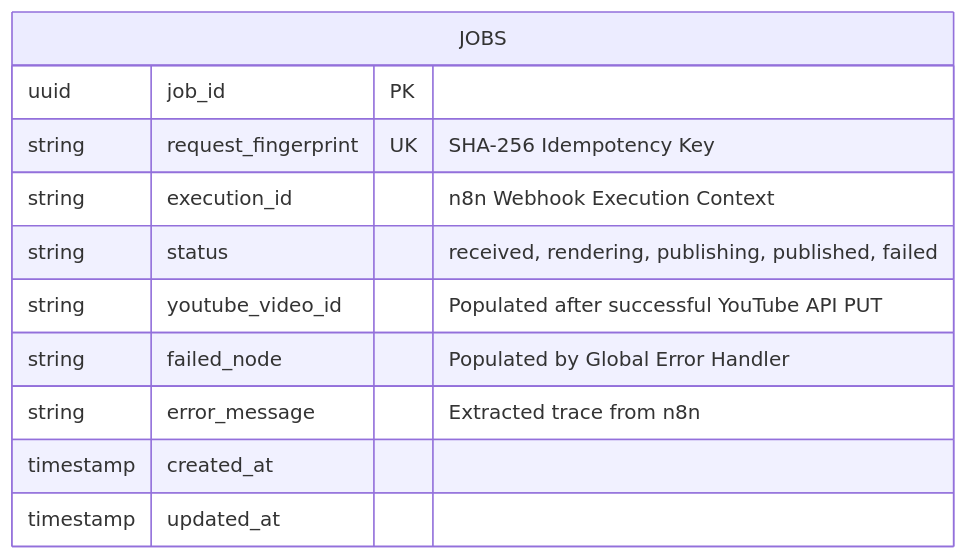
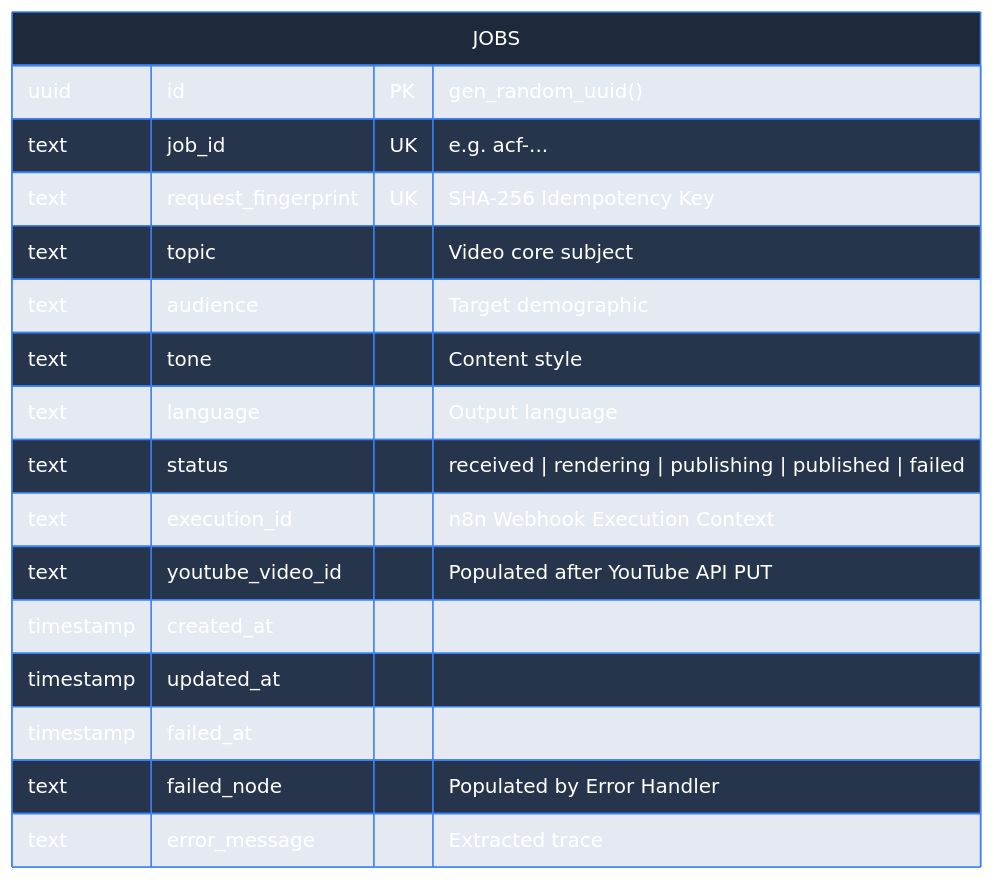
The third of 7 diagrams in README.md (RishvinReddy/Ai-Youtube-Automation), drawn with Mermaid before and after one commit. The commit also changed other lines of this file and 6 other files, not shown here.

````diff
--- a/README.md
+++ b/README.md
@@ -339,14 +361,22 @@
 ```mermaid
 erDiagram
+    %%{init: {'theme': 'base', 'themeVariables': { 'primaryColor': '#1e293b', 'primaryTextColor': '#fff', 'primaryBorderColor': '#3b82f6', 'lineColor': '#64748b' }}}%%
+    
     JOBS {
-        uuid job_id PK
-        string request_fingerprint UK "SHA-256 Idempotency Key"
-        string execution_id "n8n Webhook Execution Context"
-        string status "received, rendering, publishing, published, failed"
-        string youtube_video_id "Populated after successful YouTube API PUT"
-        string failed_node "Populated by Global Error Handler"
-        string error_message "Extracted trace from n8n"
+        uuid id PK "gen_random_uuid()"
+        text job_id UK "e.g. acf-..."
+        text request_fingerprint UK "SHA-256 Idempotency Key"
+        text topic "Video core subject"
+        text audience "Target demographic"
+        text tone "Content style"
+        text language "Output language"
+        text status "received | rendering | publishing | published | failed"
+        text execution_id "n8n Webhook Execution Context"
+        text youtube_video_id "Populated after YouTube API PUT"
         timestamp created_at
         timestamp updated_at
+        timestamp failed_at
+        text failed_node "Populated by Error Handler"
+        text error_message "Extracted trace"
     }
 ```
````
